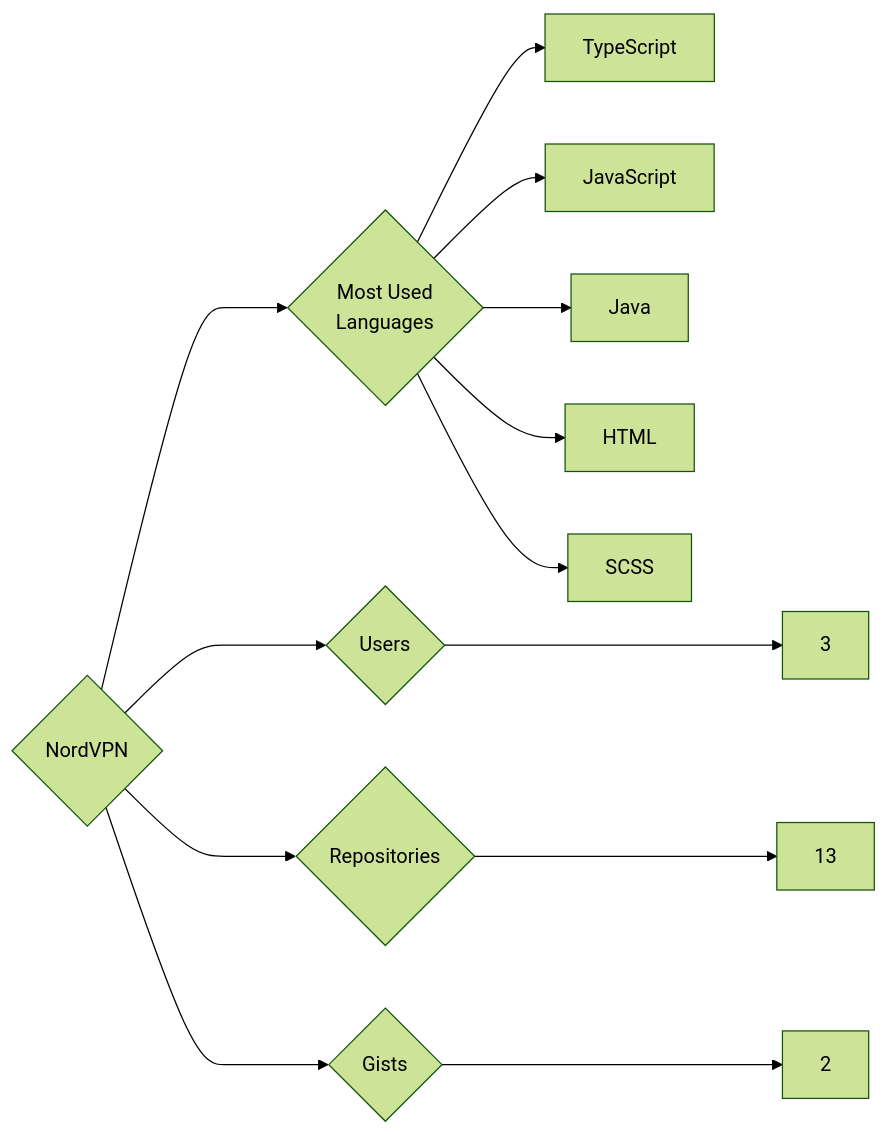
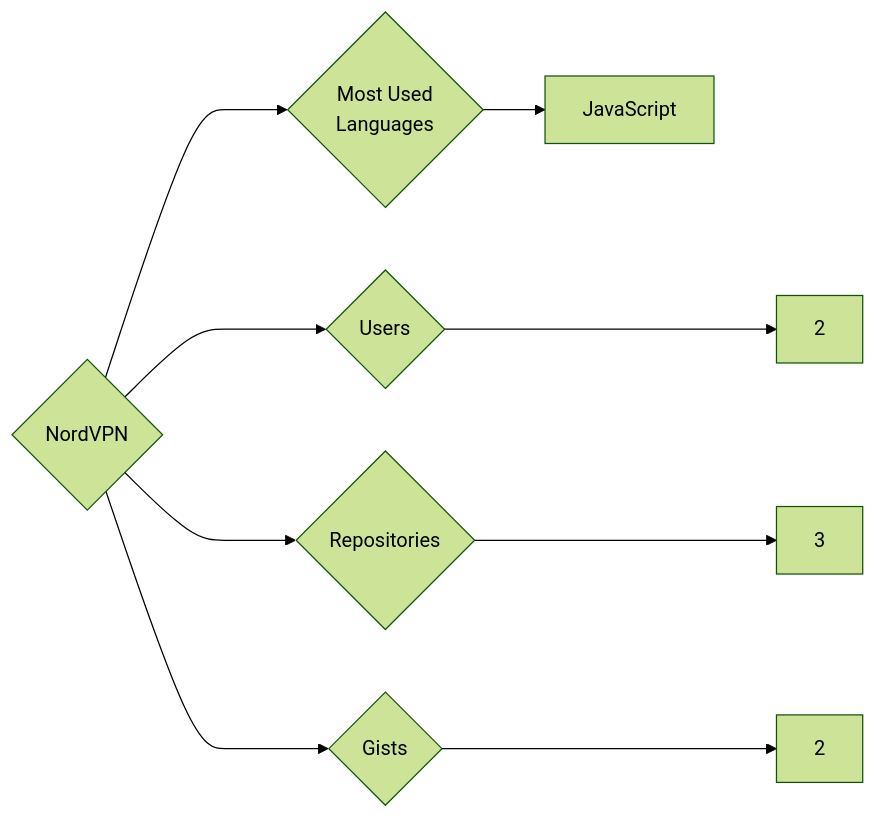
Before and after one commit to trickest/insiders: the diagram in targets/NordVPN/README.md, drawn with Mermaid (forest theme). The commit also changed 1496 other files, not shown here.

````diff
--- a/targets/NordVPN/README.md
+++ b/targets/NordVPN/README.md
@@ -3,13 +3,9 @@
 ```mermaid
 graph LR
 COMPANY_NAME{NordVPN}
-COMPANY_NAME ---> U{Users} ---> UN[3]
-COMPANY_NAME ---> R{Repositories} ---> RN[13]
+COMPANY_NAME ---> U{Users} ---> UN[2]
+COMPANY_NAME ---> R{Repositories} ---> RN[3]
 COMPANY_NAME ---> G{Gists} ---> GN[2]
 COMPANY_NAME ---> ML{Most Used<br>Languages}
-ML --> TypeScript[TypeScript]
 ML --> JavaScript[JavaScript]
-ML --> Java[Java]
-ML --> HTML[HTML]
-ML --> SCSS[SCSS]
 ```
````
